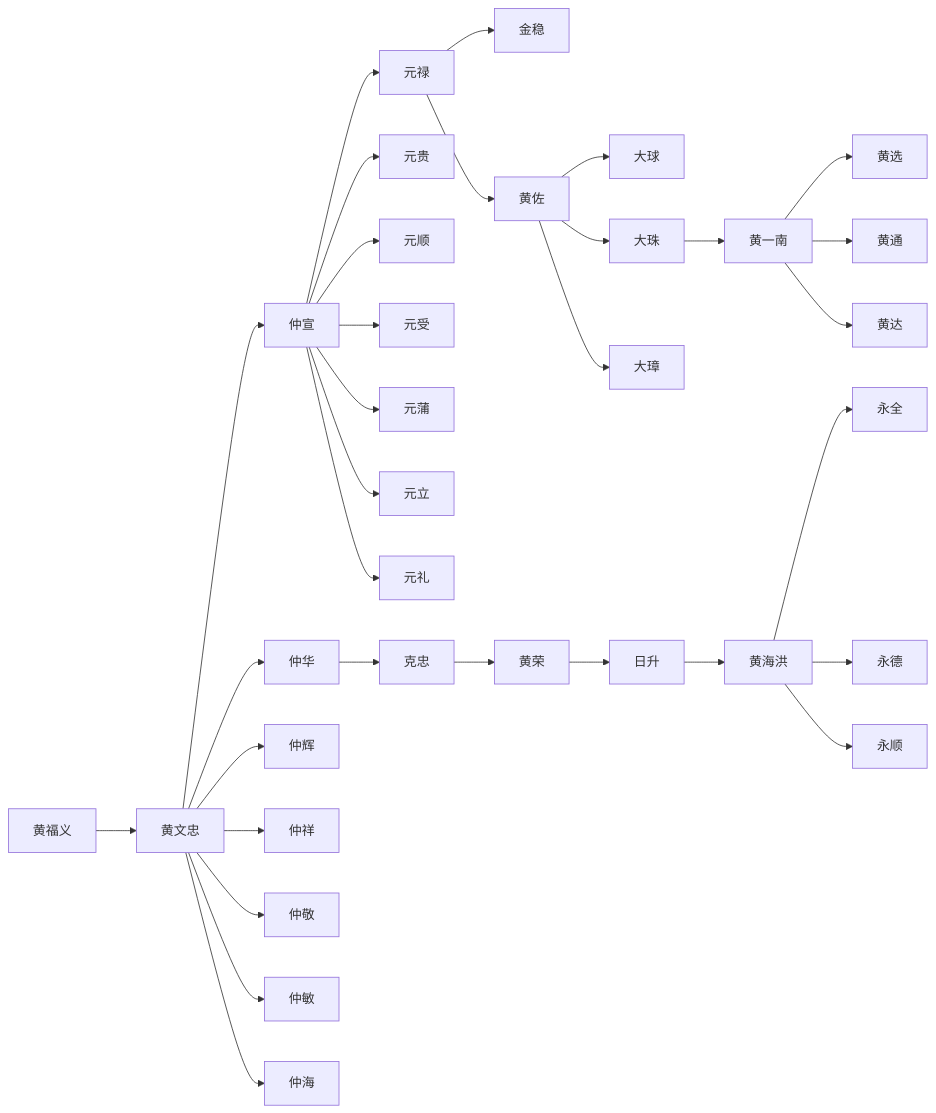
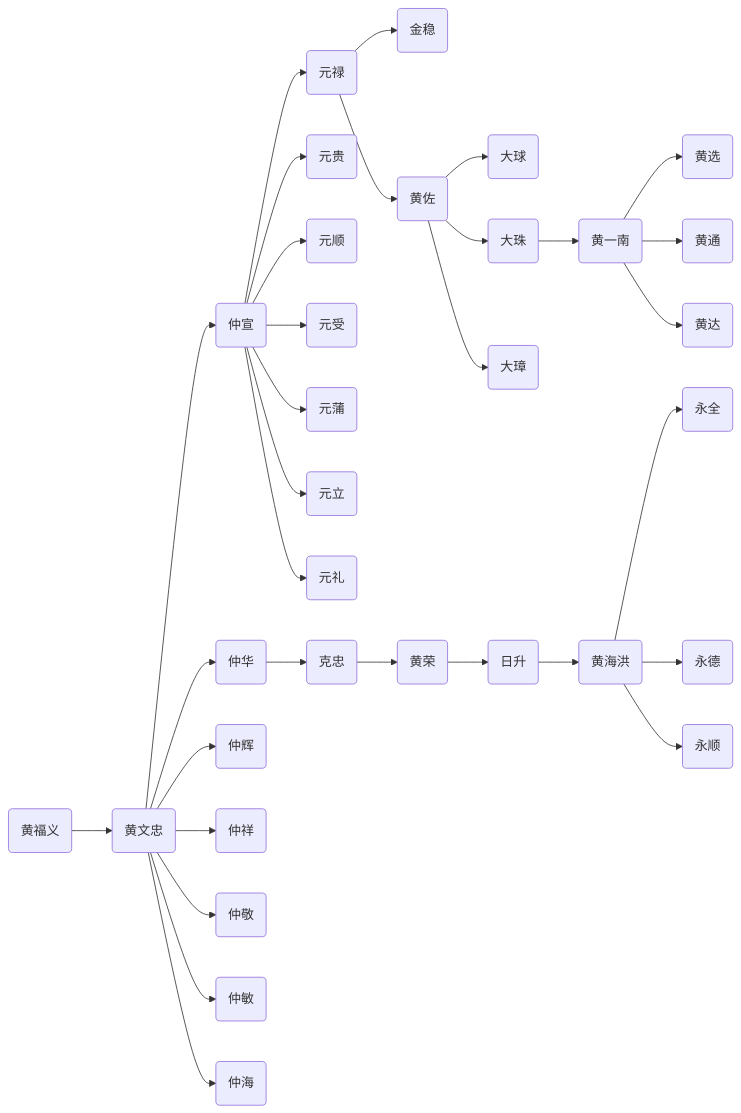
Before and after one commit to jeanim/jiapu: the diagram in contents/chapter2.md, drawn with Mermaid.

```diff
--- a/contents/chapter2.md
+++ b/contents/chapter2.md
@@ -5,34 +5,34 @@
 {% mermaid %}
 graph LR;
-  huangfuyi["黄福义"]-->huangwenzhong["黄文忠"];
-  huangwenzhong["黄文忠"]-->zhongxuan["仲宣"];
-  zhongxuan["仲宣"]-->yuanlu["元禄"];
-  yuanlu["元禄"]-->jingwen["金稳"];
-  yuanlu["元禄"]-->huangzuo["黄佐"];
-  huangzuo["黄佐"]-->daqiu["大球"];
-  huangzuo["黄佐"]-->dazhu["大珠"];
-  dazhu["大珠"]-->huangyinan["黄一南"];
-  huangyinan["黄一南"]-->huangxuan["黄选"];
-  huangyinan["黄一南"]-->huangtong["黄通"];
-  huangyinan["黄一南"]-->huangda["黄达"];
-  huangzuo["黄佐"]-->dazhang["大璋"];
-  zhongxuan["仲宣"]-->yuangui["元贵"];
-  zhongxuan["仲宣"]-->yuanshun["元顺"];
-  zhongxuan["仲宣"]-->yuanshou["元受"];
-  zhongxuan["仲宣"]-->yuanpu["元蒲"];
-  zhongxuan["仲宣"]-->yuanli["元立"];
-  zhongxuan["仲宣"]-->yuanli2["元礼"];
-  huangwenzhong["黄文忠"]-->zhonghua["仲华"];
-  zhonghua["仲华"]-->kezhong["克忠"];
-  kezhong["克忠"]-->huangrong["黄荣"];
-  huangrong["黄荣"]-->risheng["日升"];
-  risheng["日升"]-->huanghaihong["黄海洪"];
-  huanghaihong["黄海洪"]-->yongquan["永全"];
-  huanghaihong["黄海洪"]-->yongde["永德"];
-  huanghaihong["黄海洪"]-->yongshun["永顺"];
-  huangwenzhong["黄文忠"]-->zhonghui["仲辉"];
-  huangwenzhong["黄文忠"]-->zhongxiang["仲祥"];
-  huangwenzhong["黄文忠"]-->zhongjing["仲敬"];
-  huangwenzhong["黄文忠"]-->zhongmin["仲敏"];
-  huangwenzhong["黄文忠"]-->zhonghai["仲海"];  
+  huangfuyi("黄福义")-->huangwenzhong("黄文忠");
+  huangwenzhong("黄文忠")-->zhongxuan("仲宣");
+  zhongxuan("仲宣")-->yuanlu("元禄");
+  yuanlu("元禄")-->jingwen("金稳");
+  yuanlu("元禄")-->huangzuo("黄佐");
+  huangzuo("黄佐")-->daqiu("大球");
+  huangzuo("黄佐")-->dazhu("大珠");
+  dazhu("大珠")-->huangyinan("黄一南");
+  huangyinan("黄一南")-->huangxuan("黄选");
+  huangyinan("黄一南")-->huangtong("黄通");
+  huangyinan("黄一南")-->huangda("黄达");
+  huangzuo("黄佐")-->dazhang("大璋");
+  zhongxuan("仲宣")-->yuangui("元贵");
+  zhongxuan("仲宣")-->yuanshun("元顺");
+  zhongxuan("仲宣")-->yuanshou("元受");
+  zhongxuan("仲宣")-->yuanpu("元蒲");
+  zhongxuan("仲宣")-->yuanli("元立");
+  zhongxuan("仲宣")-->yuanli2("元礼");
+  huangwenzhong("黄文忠")-->zhonghua("仲华");
+  zhonghua("仲华")-->kezhong("克忠");
+  kezhong("克忠")-->huangrong("黄荣");
+  huangrong("黄荣")-->risheng("日升");
+  risheng("日升")-->huanghaihong("黄海洪");
+  huanghaihong("黄海洪")-->yongquan("永全");
+  huanghaihong("黄海洪")-->yongde("永德");
+  huanghaihong("黄海洪")-->yongshun("永顺");
+  huangwenzhong("黄文忠")-->zhonghui("仲辉");
+  huangwenzhong("黄文忠")-->zhongxiang("仲祥");
+  huangwenzhong("黄文忠")-->zhongjing("仲敬");
+  huangwenzhong("黄文忠")-->zhongmin("仲敏");
+  huangwenzhong("黄文忠")-->zhonghai("仲海");  
 {% endmermaid %}
```
